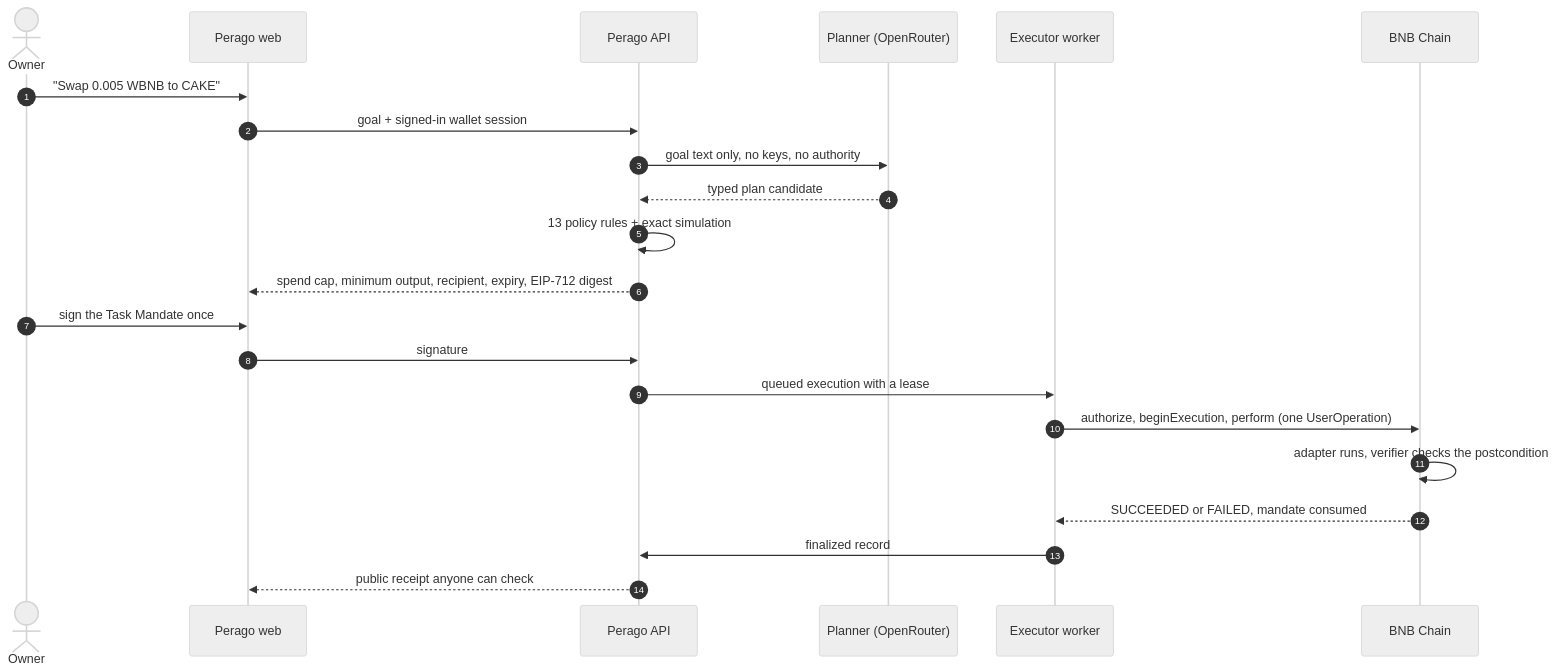
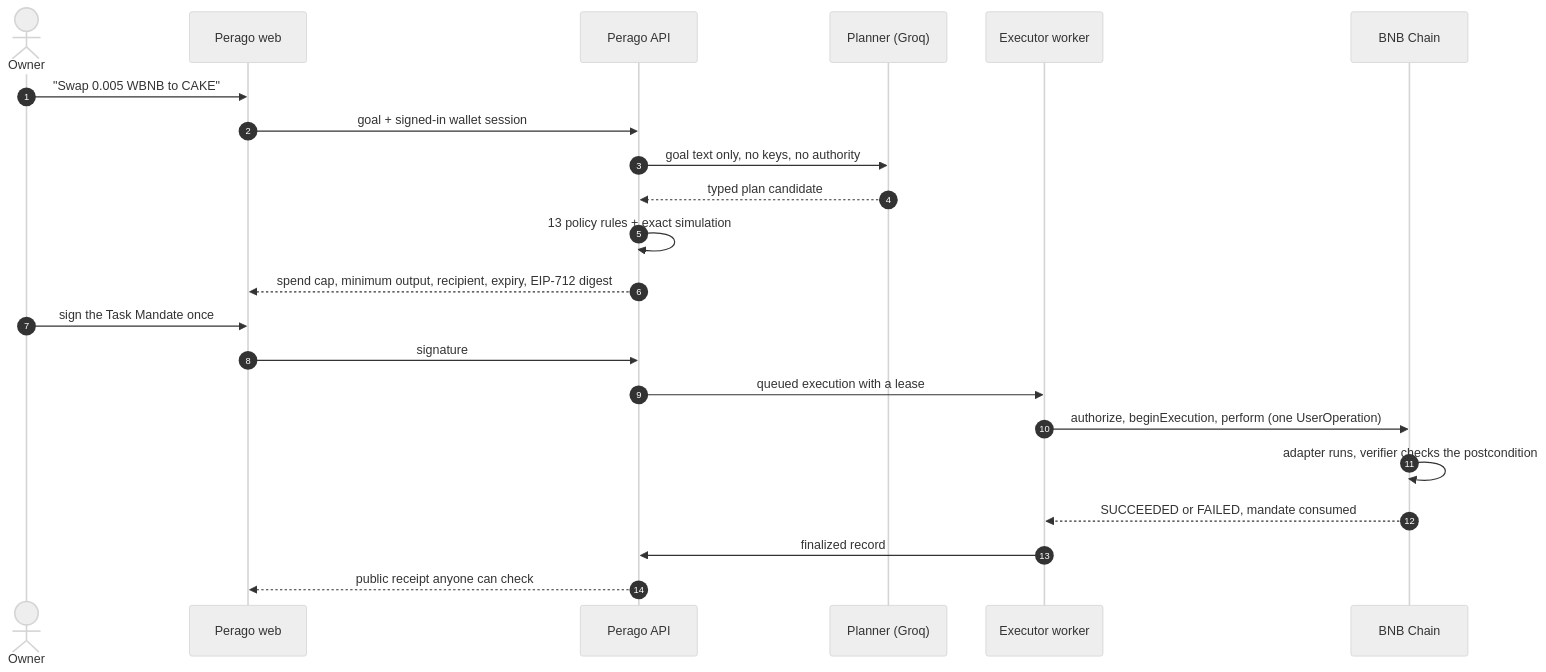
Before and after one commit to Dylansius11/perago: the second of 3 diagrams in README.md, drawn with Mermaid (neutral theme). The commit also changed other lines of this file and 13 other files, not shown here.

First line of the commit message:
feat(api): plan intents with Groq qwen/qwen3.8-27b instead of OpenRouter

````diff
--- a/README.md
+++ b/README.md
@@ -59,25 +59,25 @@
 ```mermaid
 sequenceDiagram
     autonumber
     actor Owner
     participant Web as Perago web
     participant API as Perago API
-    participant AI as Planner (OpenRouter)
+    participant AI as Planner (Groq)
     participant Worker as Executor worker
     participant Chain as BNB Chain
 
     Owner->>Web: "Swap 0.005 WBNB to CAKE"
     Web->>API: goal + signed-in wallet session
     API->>AI: goal text only, no keys, no authority
     AI-->>API: typed plan candidate
     API->>API: 13 policy rules + exact simulation
     API-->>Web: spend cap, minimum output, recipient, expiry, EIP-712 digest
     Owner->>Web: sign the Task Mandate once
     Web->>API: signature
     API->>Worker: queued execution with a lease
     Worker->>Chain: authorize, beginExecution, perform (one UserOperation)
     Chain->>Chain: adapter runs, verifier checks the postcondition
     Chain-->>Worker: SUCCEEDED or FAILED, mandate consumed
     Worker->>API: finalized record
     API-->>Web: public receipt anyone can check
 ```
````
